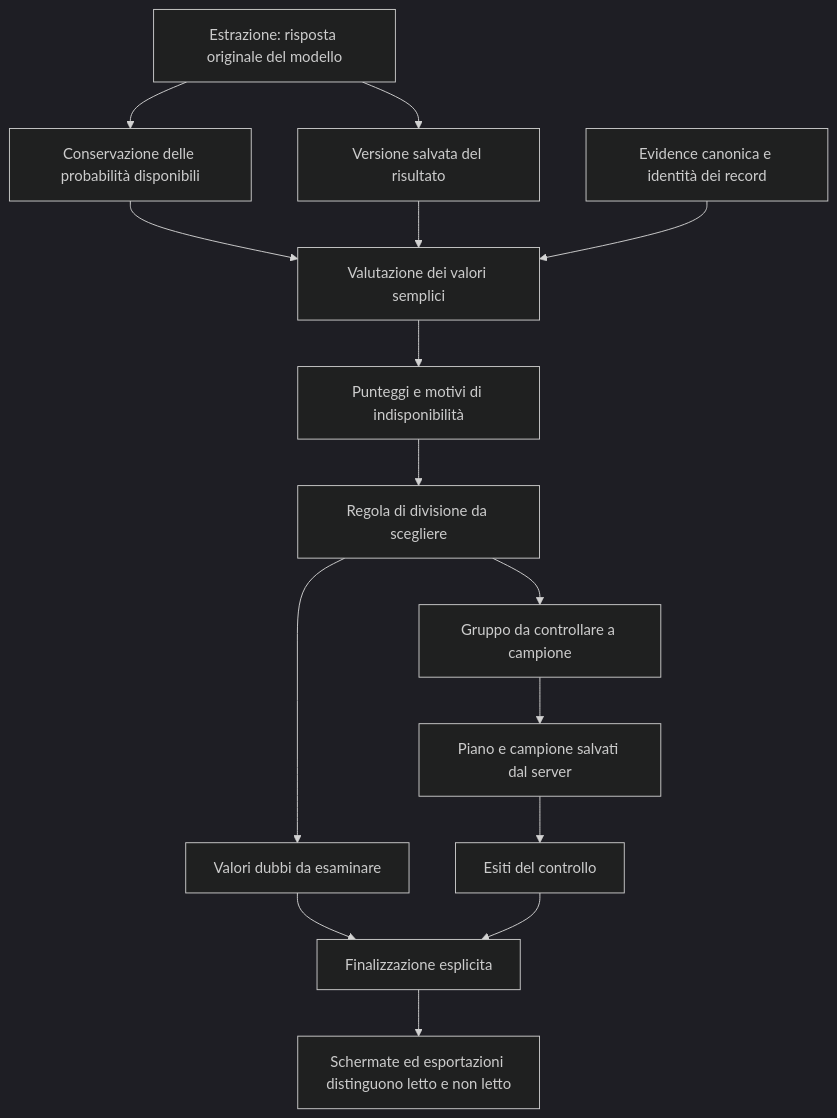
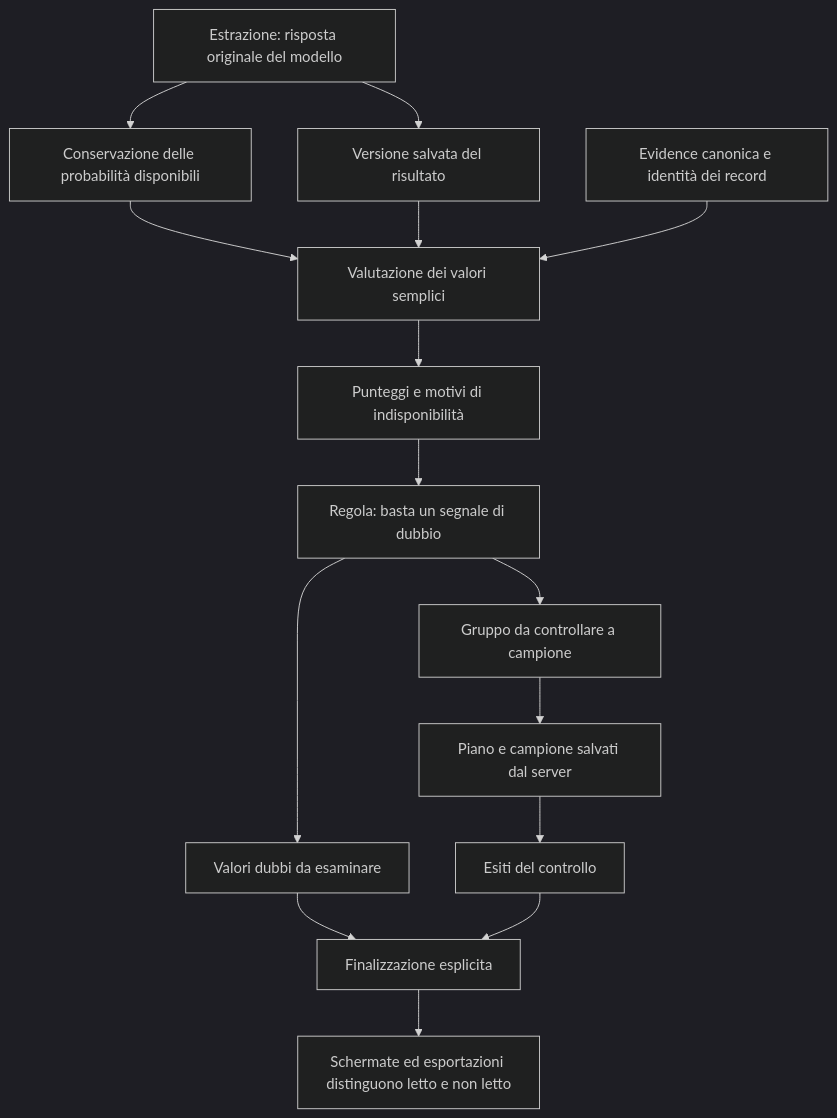
One commit to HUM-CDCH/FREE changed the first of 4 diagrams in design_draft.md. Above: the diagram before and after it, drawn with Mermaid (dark theme). The commit also changed other lines of this file, not shown here.

````diff
--- a/design_draft.md
+++ b/design_draft.md
@@ -175,17 +201,17 @@
 ```mermaid
 flowchart TD
     A["Estrazione: risposta originale del modello"] --> B["Conservazione delle probabilità disponibili"]
     A --> C["Versione salvata del risultato"]
     B --> D["Valutazione dei valori semplici"]
     C --> D
     E["Evidence canonica e identità dei record"] --> D
     D --> F["Punteggi e motivi di indisponibilità"]
-    F --> G["Regola di divisione da scegliere"]
+    F --> G["Regola: basta un segnale di dubbio"]
     G --> H["Valori dubbi da esaminare"]
     G --> I["Gruppo da controllare a campione"]
     I --> J["Piano e campione salvati dal server"]
     J --> K["Esiti del controllo"]
     H --> L["Finalizzazione esplicita"]
     K --> L
     L --> M["Schermate ed esportazioni distinguono letto e non letto"]
 ```
````
